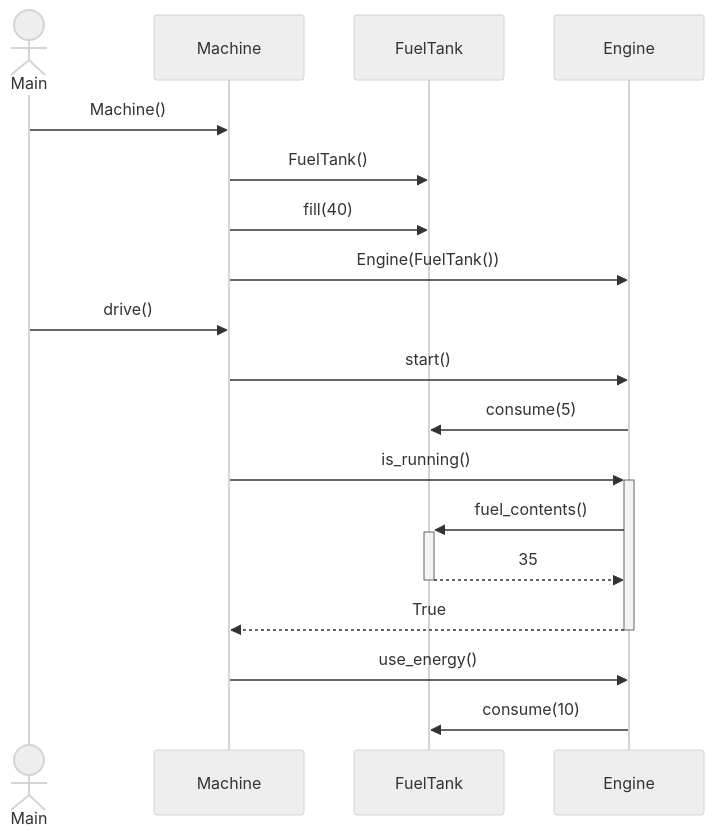
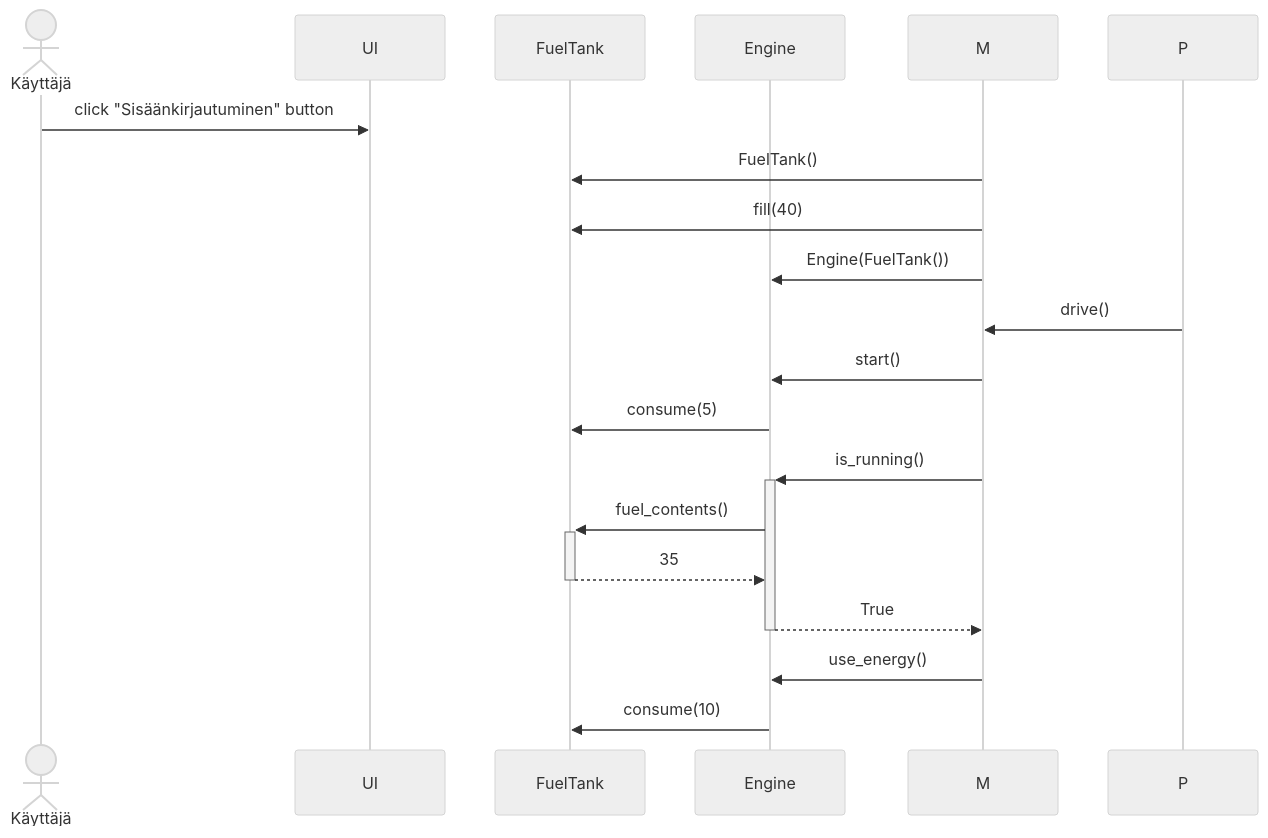
Before and after one commit to phuvio/ot-harjoitustyo: the diagram in travel-expense-calculator-app/dokumentaatio/arkkitehtuuri.md, drawn with Mermaid (neutral theme). The commit also changed other lines of this file, not shown here.

````diff
--- a/travel-expense-calculator-app/dokumentaatio/arkkitehtuuri.md
+++ b/travel-expense-calculator-app/dokumentaatio/arkkitehtuuri.md
@@ -24,21 +26,21 @@
 ```mermaid
  sequenceDiagram
-   Actor P as Main
-   participant M as Machine
+   Actor K as Käyttäjä
+   participant U as UI
    participant F as FuelTank
    participant E as Engine
-   P->>M: Machine()
+   K->>U: click "Sisäänkirjautuminen" button
    M->>F: FuelTank()
    M->>F: fill(40)
    M->>E: Engine(FuelTank())
    P->>M: drive()
    M->>E: start()
    E->>F: consume(5)
    M->>+E: is_running()
    E->>+F:fuel_contents()
    F-->>-E: 35
    E-->>-M: True
    M->>E: use_energy()
    E->>F: consume(10)
 
 ```
````
